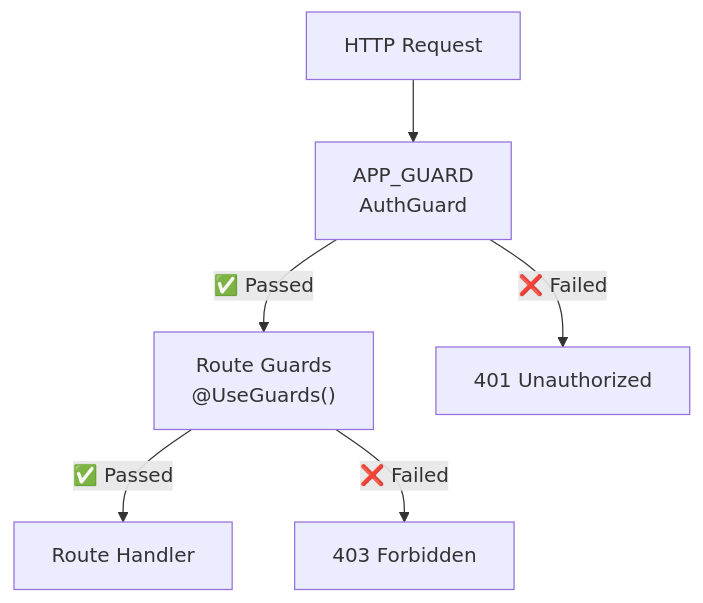
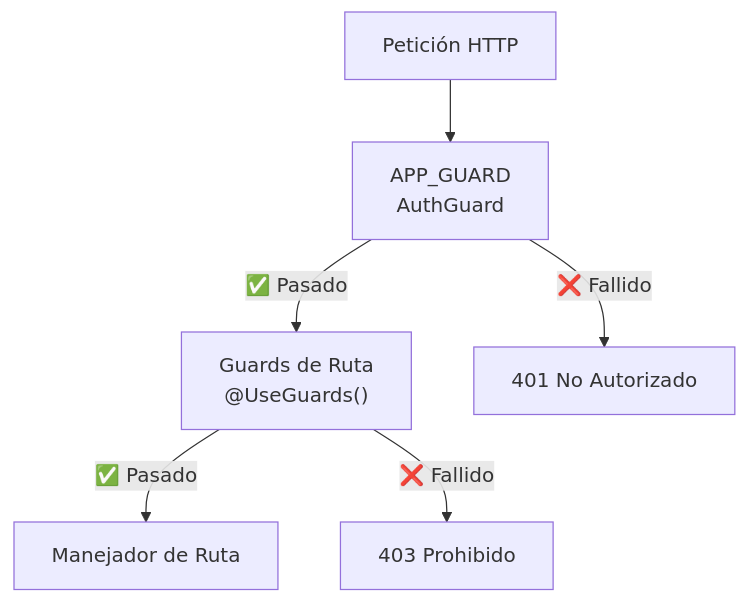
The diagram in docs-post-message/docs/backend/core/guards.md (Byroncl/laboratory-reviews), drawn with Mermaid before and after one commit. The commit also changed other lines of this file and 61 other files, not shown here.

````diff
--- a/docs-post-message/docs/backend/core/guards.md
+++ b/docs-post-message/docs/backend/core/guards.md
@@ -203,13 +203,13 @@
 ```mermaid
 graph TB
-    Request["HTTP Request"]
+    Request["Petición HTTP"]
     GlobalGuards["APP_GUARD<br/>AuthGuard"]
-    RouteGuards["Route Guards<br/>@UseGuards()"]
-    Handler["Route Handler"]
+    RouteGuards["Guards de Ruta<br/>@UseGuards()"]
+    Handler["Manejador de Ruta"]
     
     Request --> GlobalGuards
-    GlobalGuards -->|✅ Passed| RouteGuards
-    GlobalGuards -->|❌ Failed| Unauthorized["401 Unauthorized"]
-    RouteGuards -->|✅ Passed| Handler
-    RouteGuards -->|❌ Failed| Forbidden["403 Forbidden"]
+    GlobalGuards -->|✅ Pasado| RouteGuards
+    GlobalGuards -->|❌ Fallido| Unauthorized["401 No Autorizado"]
+    RouteGuards -->|✅ Pasado| Handler
+    RouteGuards -->|❌ Fallido| Forbidden["403 Prohibido"]
 ```
````
